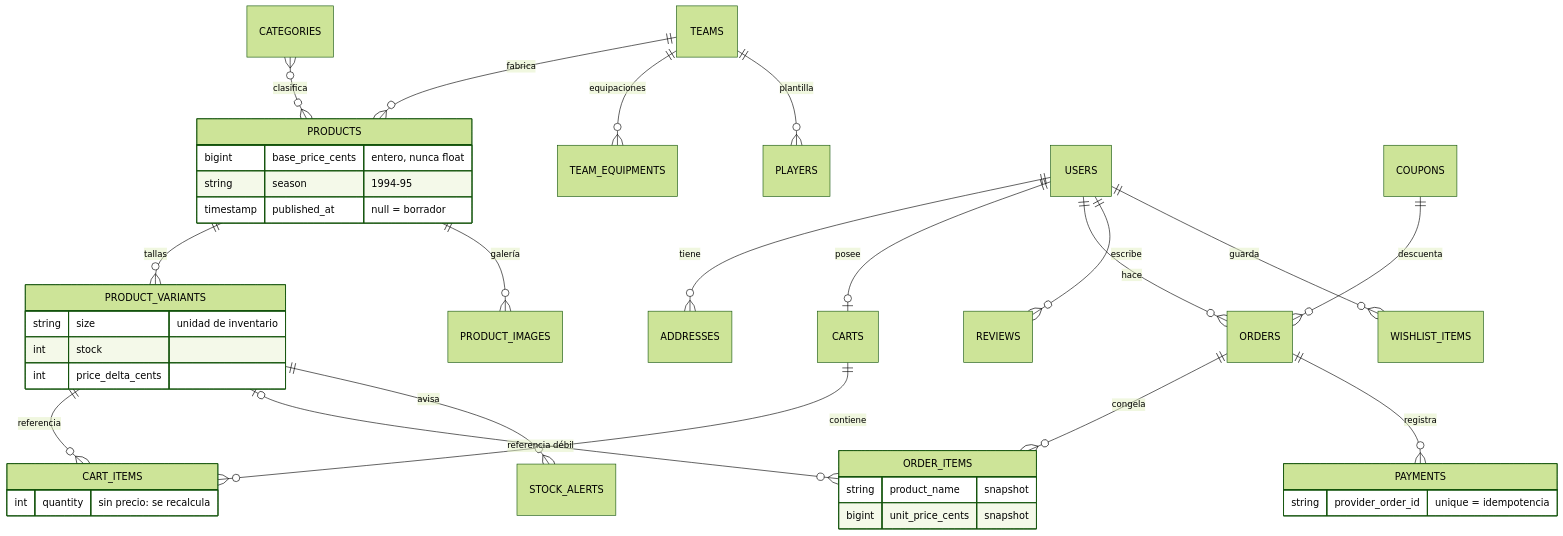
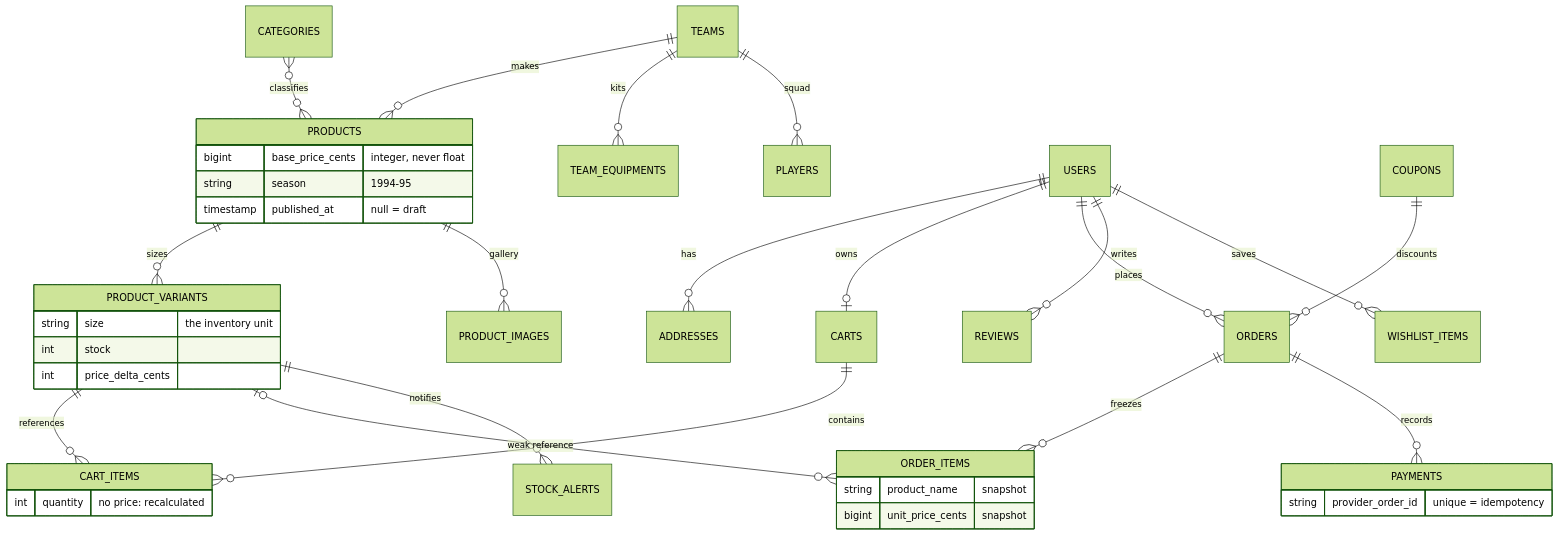
One commit to Zoel-Manchon/elitewear-xi changed the second of 7 diagrams in README.md. Above: the diagram before and after it, drawn with Mermaid (forest theme). The commit also changed other lines of this file, not shown here.

````diff
--- a/README.md
+++ b/README.md
@@ -226,45 +219,45 @@
 ```mermaid
 erDiagram
-    TEAMS ||--o{ PRODUCTS : "fabrica"
-    TEAMS ||--o{ TEAM_EQUIPMENTS : "equipaciones"
-    TEAMS ||--o{ PLAYERS : "plantilla"
-    PRODUCTS ||--o{ PRODUCT_VARIANTS : "tallas"
-    PRODUCTS ||--o{ PRODUCT_IMAGES : "galería"
-    CATEGORIES }o--o{ PRODUCTS : "clasifica"
+    TEAMS ||--o{ PRODUCTS : "makes"
+    TEAMS ||--o{ TEAM_EQUIPMENTS : "kits"
+    TEAMS ||--o{ PLAYERS : "squad"
+    PRODUCTS ||--o{ PRODUCT_VARIANTS : "sizes"
+    PRODUCTS ||--o{ PRODUCT_IMAGES : "gallery"
+    CATEGORIES }o--o{ PRODUCTS : "classifies"
 
-    USERS ||--o{ ADDRESSES : "tiene"
-    USERS ||--o| CARTS : "posee"
-    CARTS ||--o{ CART_ITEMS : "contiene"
-    PRODUCT_VARIANTS ||--o{ CART_ITEMS : "referencia"
+    USERS ||--o{ ADDRESSES : "has"
+    USERS ||--o| CARTS : "owns"
+    CARTS ||--o{ CART_ITEMS : "contains"
+    PRODUCT_VARIANTS ||--o{ CART_ITEMS : "references"
 
-    USERS ||--o{ ORDERS : "hace"
-    ORDERS ||--o{ ORDER_ITEMS : "congela"
-    ORDERS ||--o{ PAYMENTS : "registra"
-    COUPONS ||--o{ ORDERS : "descuenta"
-    PRODUCT_VARIANTS |o--o{ ORDER_ITEMS : "referencia débil"
+    USERS ||--o{ ORDERS : "places"
+    ORDERS ||--o{ ORDER_ITEMS : "freezes"
+    ORDERS ||--o{ PAYMENTS : "records"
+    COUPONS ||--o{ ORDERS : "discounts"
+    PRODUCT_VARIANTS |o--o{ ORDER_ITEMS : "weak reference"
 
-    USERS ||--o{ REVIEWS : "escribe"
-    USERS ||--o{ WISHLIST_ITEMS : "guarda"
-    PRODUCT_VARIANTS ||--o{ STOCK_ALERTS : "avisa"
+    USERS ||--o{ REVIEWS : "writes"
+    USERS ||--o{ WISHLIST_ITEMS : "saves"
+    PRODUCT_VARIANTS ||--o{ STOCK_ALERTS : "notifies"
 
     PRODUCTS {
-        bigint base_price_cents "entero, nunca float"
+        bigint base_price_cents "integer, never float"
         string season "1994-95"
-        timestamp published_at "null = borrador"
+        timestamp published_at "null = draft"
     }
     PRODUCT_VARIANTS {
-        string size "unidad de inventario"
+        string size "the inventory unit"
         int stock
         int price_delta_cents
     }
     CART_ITEMS {
-        int quantity "sin precio: se recalcula"
+        int quantity "no price: recalculated"
     }
     ORDER_ITEMS {
         string product_name "snapshot"
         bigint unit_price_cents "snapshot"
     }
     PAYMENTS {
-        string provider_order_id "unique = idempotencia"
+        string provider_order_id "unique = idempotency"
     }
 ```
````
